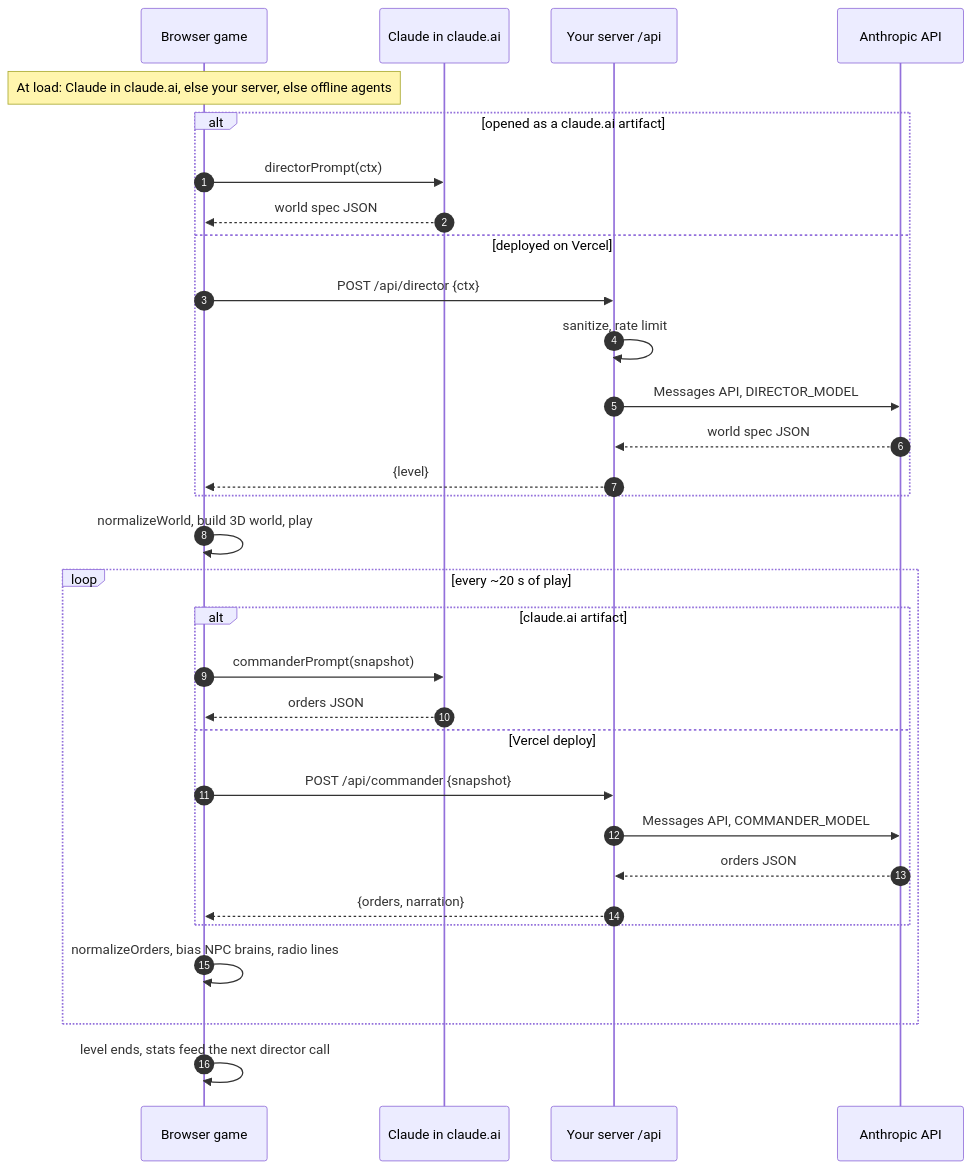
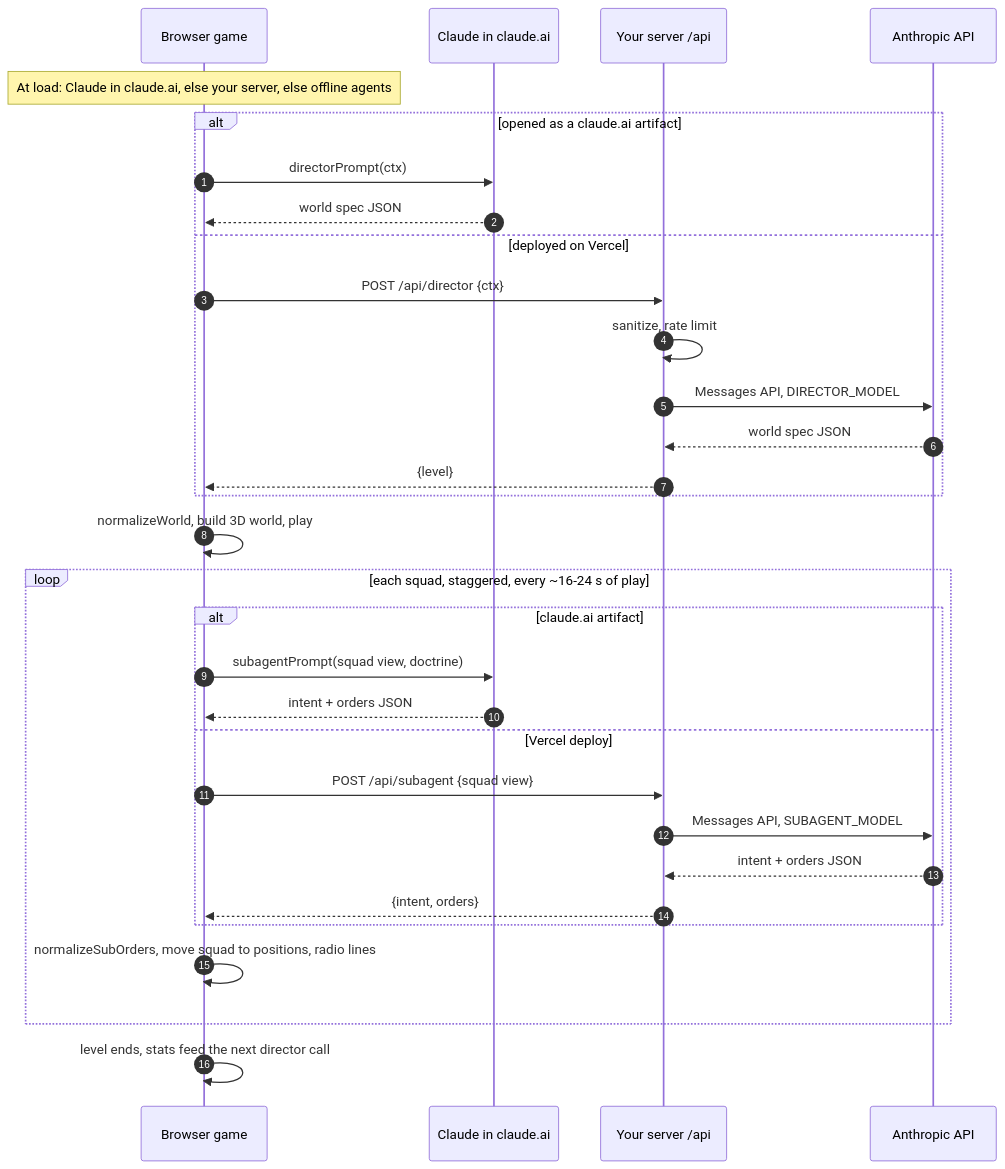
Before and after one commit to jyothishankit/agentic-ai-world-builder: the second of 2 diagrams in README.md, drawn with Mermaid. The commit also changed other lines of this file and 7 other files, not shown here.

````diff
--- a/README.md
+++ b/README.md
@@ -64,33 +79,33 @@
 ```mermaid
 sequenceDiagram
     autonumber
     participant B as Browser game
     participant C as Claude in claude.ai
     participant S as Your server /api
     participant A as Anthropic API
     Note over B: At load: Claude in claude.ai, else your server, else offline agents
     alt opened as a claude.ai artifact
         B->>C: directorPrompt(ctx)
         C-->>B: world spec JSON
     else deployed on Vercel
         B->>S: POST /api/director {ctx}
         S->>S: sanitize, rate limit
         S->>A: Messages API, DIRECTOR_MODEL
         A-->>S: world spec JSON
         S-->>B: {level}
     end
     B->>B: normalizeWorld, build 3D world, play
-    loop every ~20 s of play
+    loop each squad, staggered, every ~16-24 s of play
         alt claude.ai artifact
-            B->>C: commanderPrompt(snapshot)
-            C-->>B: orders JSON
+            B->>C: subagentPrompt(squad view, doctrine)
+            C-->>B: intent + orders JSON
         else Vercel deploy
-            B->>S: POST /api/commander {snapshot}
-            S->>A: Messages API, COMMANDER_MODEL
-            A-->>S: orders JSON
-            S-->>B: {orders, narration}
+            B->>S: POST /api/subagent {squad view}
+            S->>A: Messages API, SUBAGENT_MODEL
+            A-->>S: intent + orders JSON
+            S-->>B: {intent, orders}
         end
-        B->>B: normalizeOrders, bias NPC brains, radio lines
+        B->>B: normalizeSubOrders, move squad to positions, radio lines
     end
     B->>B: level ends, stats feed the next director call
 ```
````
